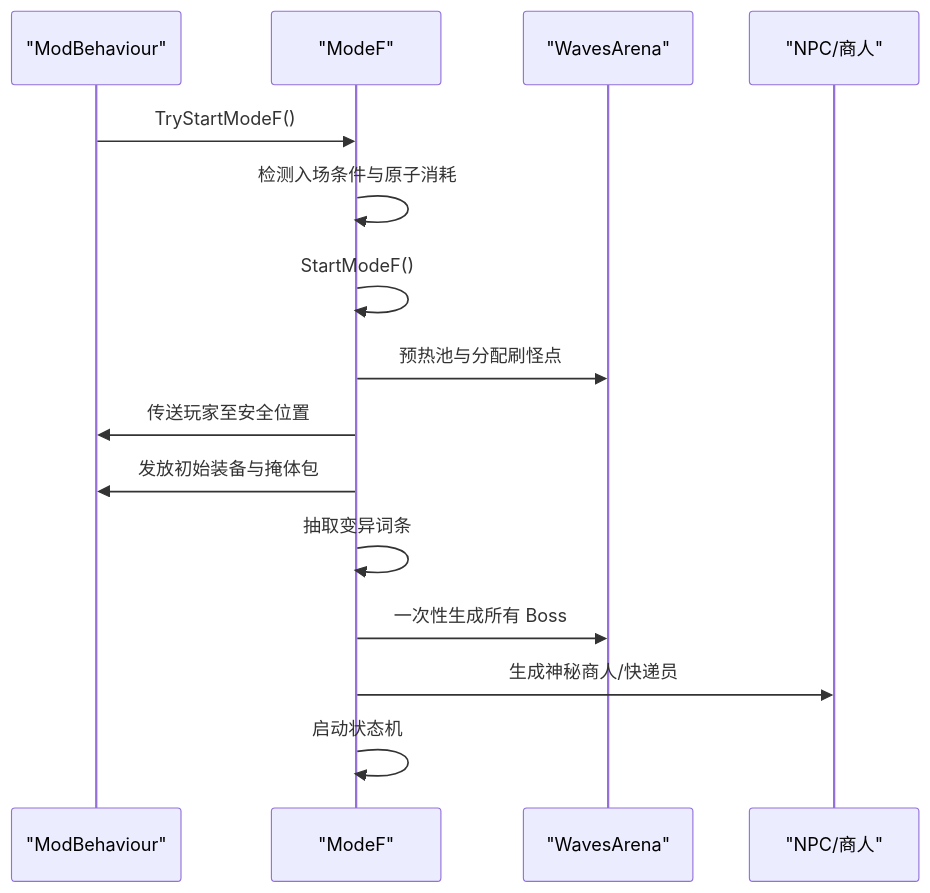
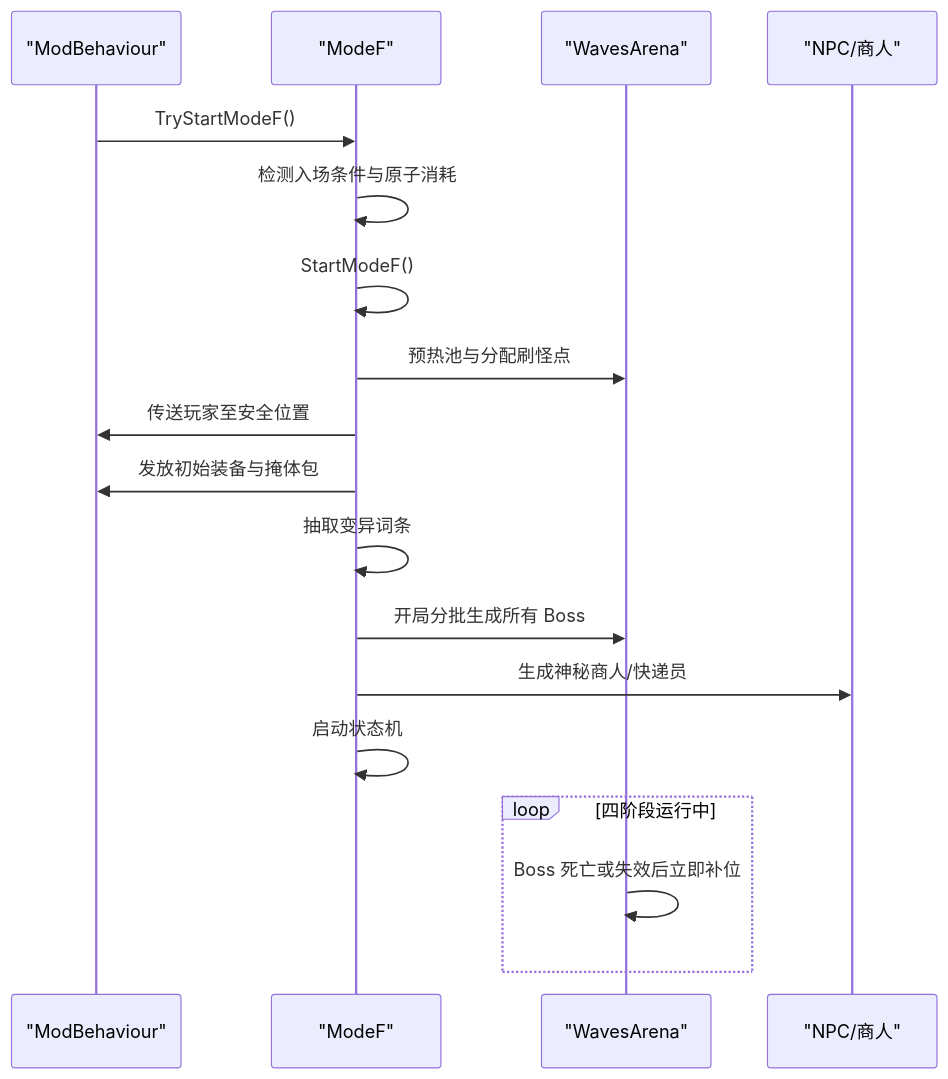
The seventh of 9 diagrams in .qoder/repowiki/zh/content/项目概览/项目概览.md (GASEN1216/BossRushMod), drawn with Mermaid before and after one commit. The commit also changed other lines of this file and 9 other files, not shown here.

````diff
--- a/.qoder/repowiki/zh/content/项目概览/项目概览.md
+++ b/.qoder/repowiki/zh/content/项目概览/项目概览.md
@@ -252,17 +252,20 @@
 ```mermaid
 sequenceDiagram
 participant MB as "ModBehaviour"
 participant ModeF as "ModeF"
 participant Arena as "WavesArena"
 participant NPC as "NPC/商人"
 MB->>ModeF : TryStartModeF()
 ModeF->>ModeF : 检测入场条件与原子消耗
 ModeF->>ModeF : StartModeF()
 ModeF->>Arena : 预热池与分配刷怪点
 ModeF->>MB : 传送玩家至安全位置
 ModeF->>MB : 发放初始装备与掩体包
 ModeF->>ModeF : 抽取变异词条
-ModeF->>Arena : 一次性生成所有 Boss
+ModeF->>Arena : 开局分批生成所有 Boss
 ModeF->>NPC : 生成神秘商人/快递员
 ModeF->>ModeF : 启动状态机
+loop 四阶段运行中
+Arena->>Arena : Boss 死亡或失效后立即补位
+end
 ```
````
